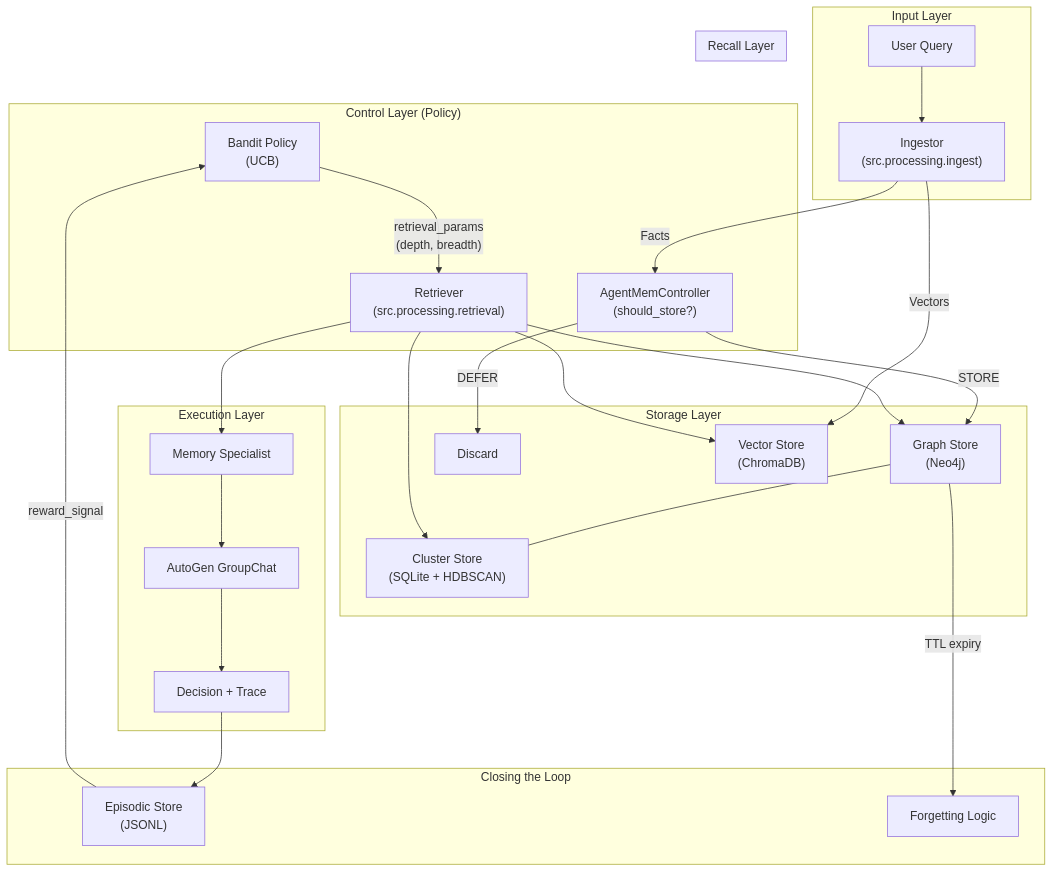
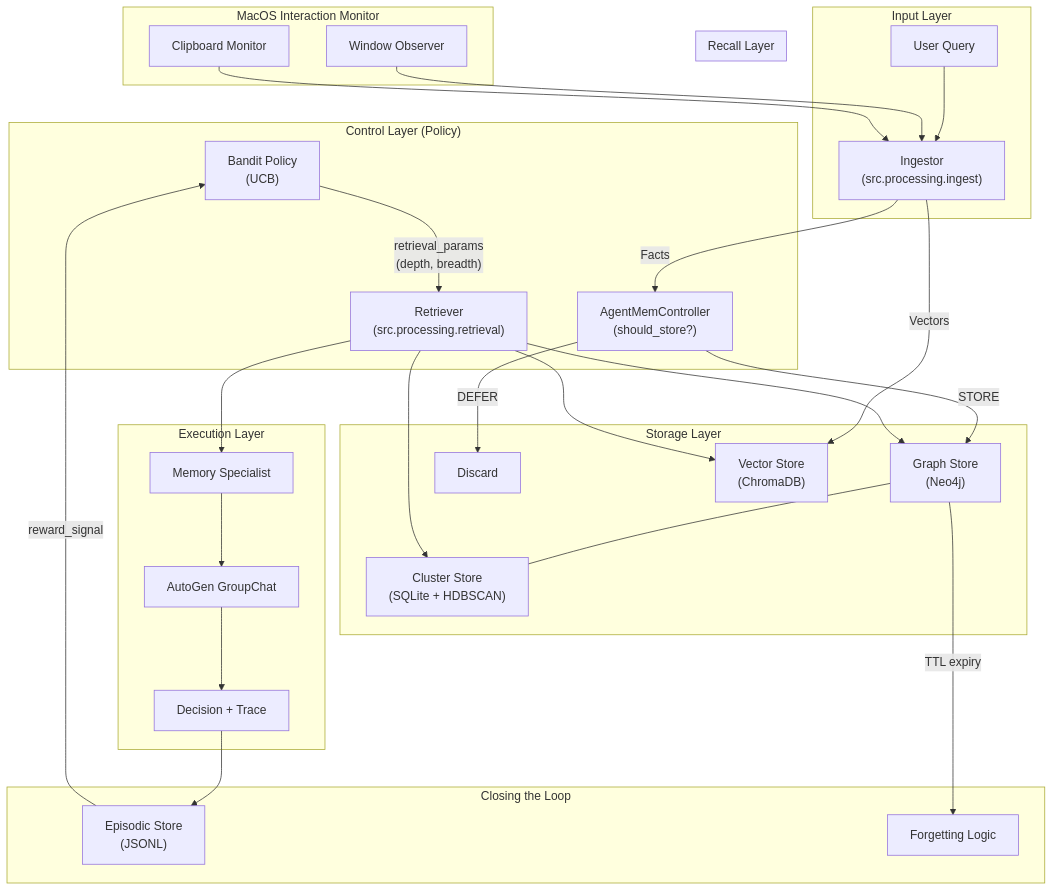
Before and after one commit to aadi2vec/tracemind: the first of 6 diagrams in README.md, drawn with Mermaid. The commit also changed other lines of this file and 4 other files, not shown here.

Commit message:
Phase 6: Add MacOS Interaction Monitor (passive window/clipboard tracking)

````diff
--- a/README.md
+++ b/README.md
@@ -52,36 +52,41 @@
 ```mermaid
 graph TD
     subgraph Input ["Input Layer"]
         U["User Query"] --> I["Ingestor\n(src.processing.ingest)"]
     end
 
     subgraph Controller ["Control Layer (Policy)"]
         I -->|"Facts"| HC["AgentMemController\n(should_store?)"]
         P["Bandit Policy\n(UCB)"] -->|"retrieval_params\n(depth, breadth)"| R
     end
 
     subgraph Storage ["Storage Layer"]
         HC -->|"STORE"| GS["Graph Store\n(Neo4j)"]
         HC -->|"DEFER"| SINK["Discard"]
         GS --- CS["Cluster Store\n(SQLite + HDBSCAN)"]
         I -->|"Vectors"| VS["Vector Store\n(ChromaDB)"]
     end
 
     subgraph Retrieval ["Recall Layer"]
         R["Retriever\n(src.processing.retrieval)"] --> VS
         R --> GS
         R --> CS
     end
 
     subgraph Reasoning ["Execution Layer"]
         R --> MS["Memory Specialist"]
         MS --> AG["AutoGen GroupChat"]
         AG --> D["Decision + Trace"]
     end
 
     subgraph Feedback ["Closing the Loop"]
         D --> ES["Episodic Store\n(JSONL)"]
         ES -->|"reward_signal"| P
         GS -->|"TTL expiry"| FORGET["Forgetting Logic"]
     end
+
+    subgraph Passive ["MacOS Interaction Monitor"]
+        M1["Window Observer"] --> I
+        M2["Clipboard Monitor"] --> I
+    end
 ```
````
